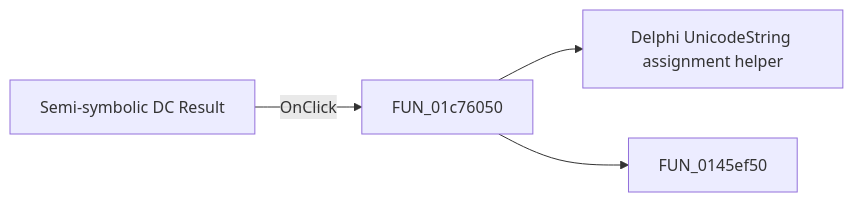
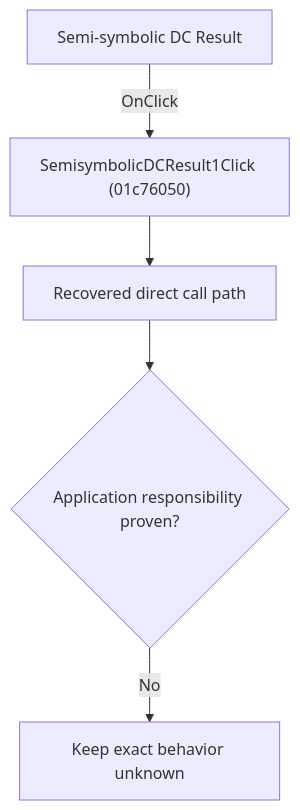
One commit to MovGP0/TIARA changed the diagram in docs/ui-controls/schematiceditor/semisymbolicdcresult1-126a167170.md. Above: the diagram before and after it, drawn with Mermaid. The commit also changed other lines of this file and 1062 other files, not shown here.

````diff
--- a/docs/ui-controls/schematiceditor/semisymbolicdcresult1-126a167170.md
+++ b/docs/ui-controls/schematiceditor/semisymbolicdcresult1-126a167170.md
@@ -27,6 +27,7 @@
 ```mermaid
-flowchart LR
-    control["Semi-symbolic DC Result"] -->|OnClick| handler["FUN_01c76050"]
-    handler --> call1["Delphi UnicodeString assignment helper"]
-    handler --> call2["FUN_0145ef50"]
+flowchart TD
+    control["Semi-symbolic DC Result"] -->|"OnClick"| handler["SemisymbolicDCResult1Click (01c76050)"]
+    handler --> recovered["Recovered direct call path"]
+    recovered --> gap{"Application responsibility proven?"}
+    gap -->|"No"| blocked["Keep exact behavior unknown"]
 ```
````
